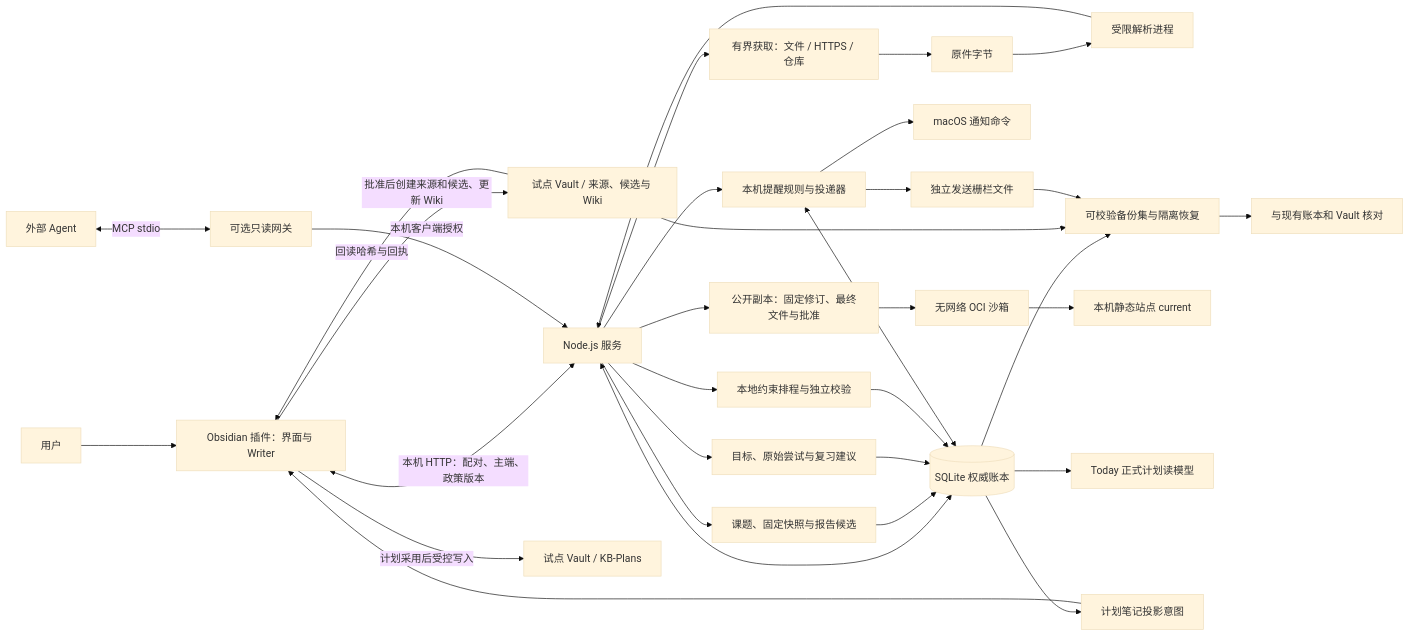
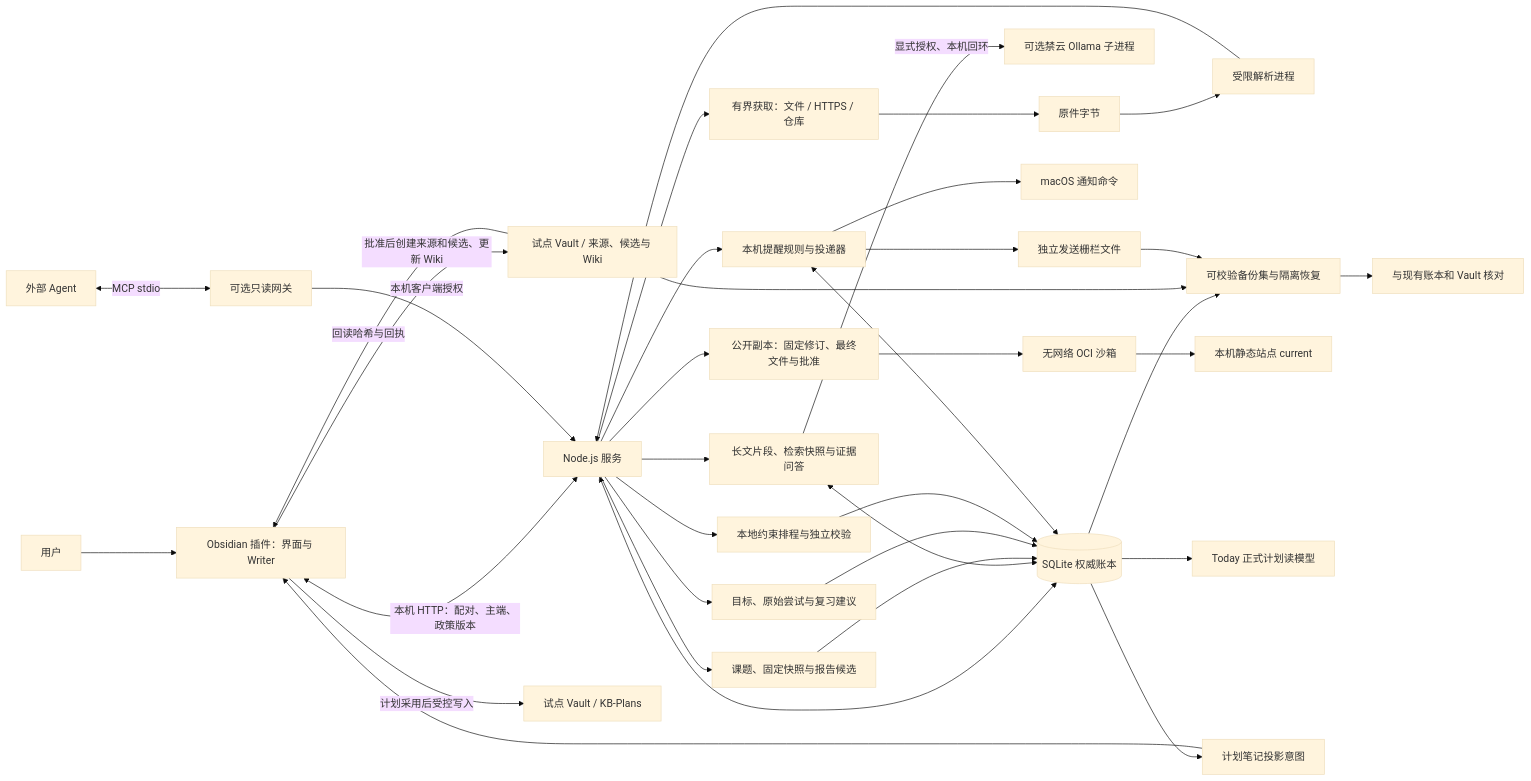
The first of 2 diagrams in docs/development/onboarding.md (liuxing95/repository), drawn with Mermaid (base theme) before and after one commit. The commit also changed other lines of this file and 41 other files, not shown here.

````diff
--- a/docs/development/onboarding.md
+++ b/docs/development/onboarding.md
@@ -140,35 +141,38 @@
 ```mermaid
 flowchart LR
   User[用户] --> Plugin[Obsidian 插件：界面与 Writer]
   Plugin <-->|本机 HTTP：配对、主端、政策版本| Service[Node.js 服务]
   Service <--> DB[(SQLite 权威账本)]
+  Service --> RAG[长文片段、检索快照与证据问答]
+  RAG <--> DB
+  RAG -->|显式授权、本机回环| Ollama[可选禁云 Ollama 子进程]
   Service --> Fetch[有界获取：文件 / HTTPS / 仓库]
   Fetch --> Raw[原件字节]
   Raw --> Parser[受限解析进程]
   Parser --> Service
   Service --> Research[课题、固定快照与报告候选]
   Research --> DB
   Service --> Learning[目标、原始尝试与复习建议]
   Learning --> DB
   Service --> Planning[本地约束排程与独立校验]
   Planning --> DB
   Service --> Reminders[本机提醒规则与投递器]
   Reminders <--> DB
   Reminders --> Mac[macOS 通知命令]
   Reminders --> Fence[独立发送栅栏文件]
   DB --> Backup[可校验备份集与隔离恢复]
   Vault --> Backup
   Fence --> Backup
   Backup --> Audit[与现有账本和 Vault 核对]
   Agent[外部 Agent] <-->|MCP stdio| Gateway[可选只读网关]
   Gateway -->|本机客户端授权| Service
   Service --> Publication[公开副本：固定修订、最终文件与批准]
   Publication --> Sandbox[无网络 OCI 沙箱]
   Sandbox --> LocalSite[本机静态站点 current]
   DB --> Today[Today 正式计划读模型]
   DB --> PlanOutbox[计划笔记投影意图]
   PlanOutbox --> Plugin
   Plugin -->|批准后创建来源和候选、更新 Wiki| Vault[试点 Vault / 来源、候选与 Wiki]
   Plugin -->|计划采用后受控写入| PlanFiles[试点 Vault / KB-Plans]
   Vault -->|回读哈希与回执| Plugin
 ```
````
